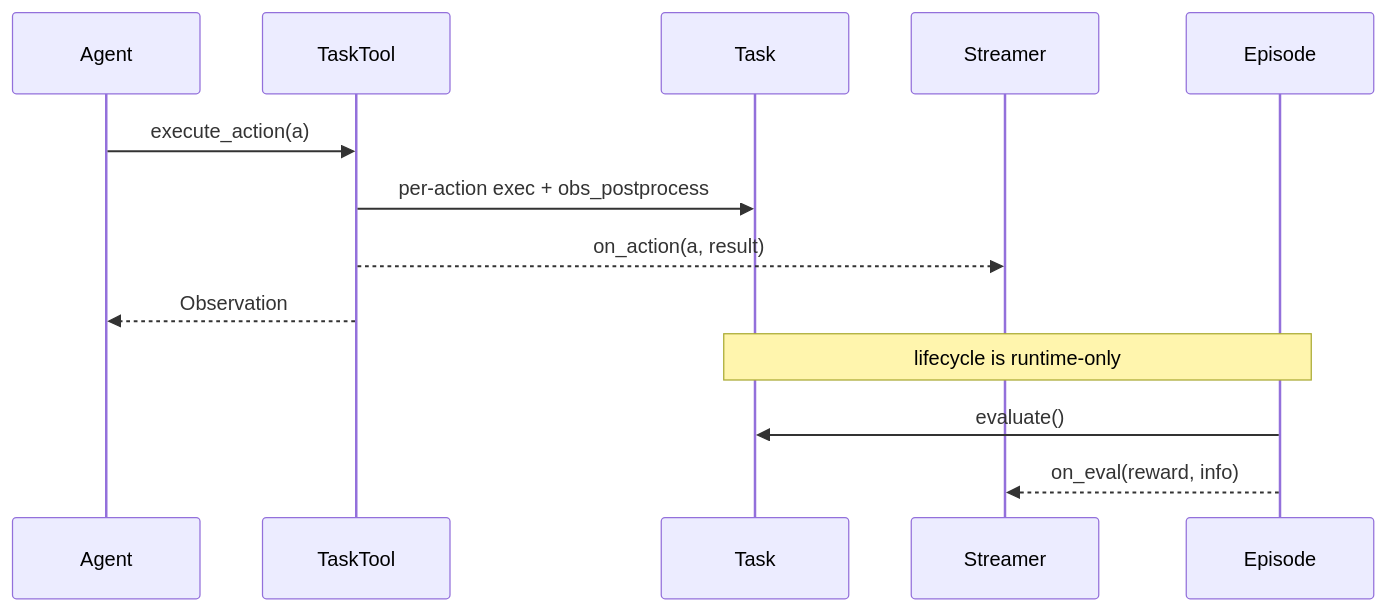
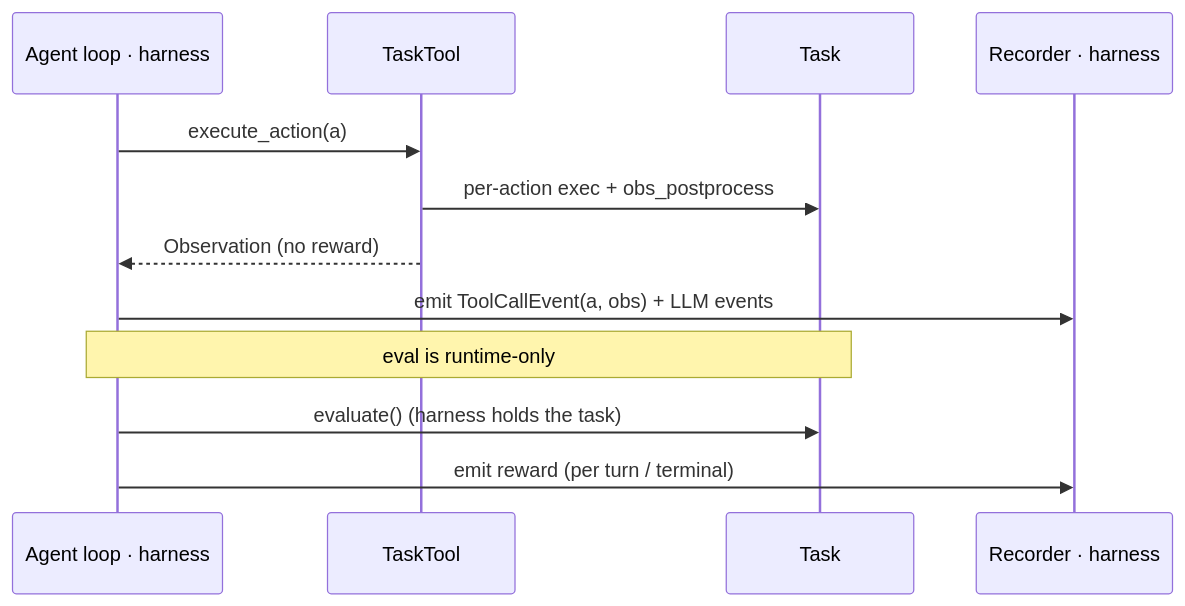
Before and after one commit to The-AI-Alliance/cube-standard: the first of 2 diagrams in openspec/changes/streamable-task/proposal.md, drawn with Mermaid. The commit also changed other lines of this file and 1 other file, not shown here.

First line of the commit message:
design(openspec): simplify + de-historicize streamable-task

````diff
--- a/openspec/changes/streamable-task/proposal.md
+++ b/openspec/changes/streamable-task/proposal.md
@@ -97,15 +66,14 @@
 ```mermaid
 sequenceDiagram
-  participant Ag as Agent
+  participant Ag as Agent loop · harness
   participant TT as TaskTool
   participant Tk as Task
-  participant St as Streamer
-  participant Ep as Episode
+  participant Rec as Recorder · harness
   Ag->>TT: execute_action(a)
   TT->>Tk: per-action exec + obs_postprocess
-  TT-->>St: on_action(a, result)
-  TT-->>Ag: Observation
-  Note over Ep,Tk: lifecycle is runtime-only
-  Ep->>Tk: evaluate()
-  Ep-->>St: on_eval(reward, info)
+  TT-->>Ag: Observation (no reward)
+  Ag->>Rec: emit ToolCallEvent(a, obs) + LLM events
+  Note over Ag,Tk: eval is runtime-only
+  Ag->>Tk: evaluate()  (harness holds the task)
+  Ag->>Rec: emit reward (per turn / terminal)
 ```
````
